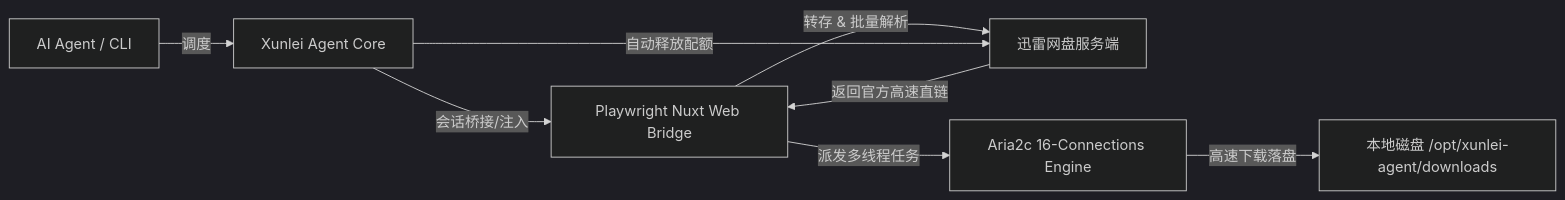
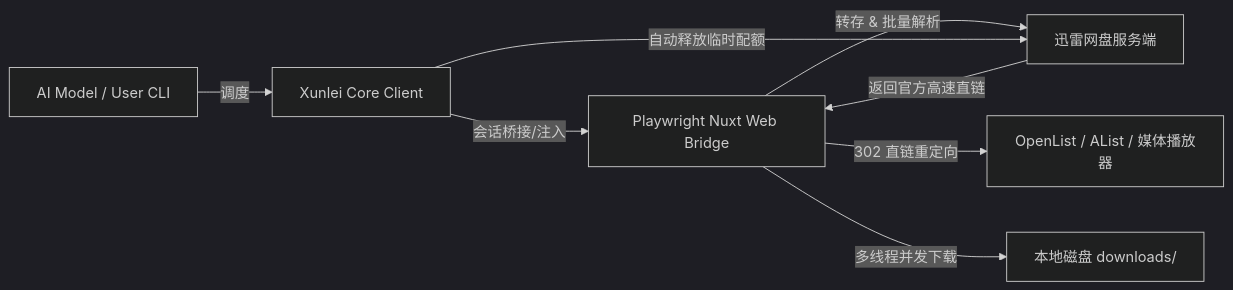
The diagram in SKILL.md (kemomimi520/xunlei-agent), drawn with Mermaid (dark theme) before and after one commit. The commit also changed other lines of this file and 3 other files, not shown here.

````diff
--- a/SKILL.md
+++ b/SKILL.md
@@ -18,10 +18,10 @@
 ```mermaid
 graph LR
-    A[AI Agent / CLI] -->|调度| B[Xunlei Agent Core]
+    A[AI Model / User CLI] -->|调度| B[Xunlei Core Client]
     B -->|会话桥接/注入| C[Playwright Nuxt Web Bridge]
     C -->|转存 & 批量解析| D[迅雷网盘服务端]
     D -->|返回官方高速直链| C
-    C -->|派发多线程任务| E[Aria2c 16-Connections Engine]
-    E -->|高速下载落盘| F[本地磁盘 /opt/xunlei-agent/downloads]
-    B -->|自动释放配额| D
+    C -->|302 直链重定向| E[OpenList / AList / 媒体播放器]
+    C -->|多线程并发下载| F[本地磁盘 downloads/]
+    B -->|自动释放临时配额| D
 ```
````
